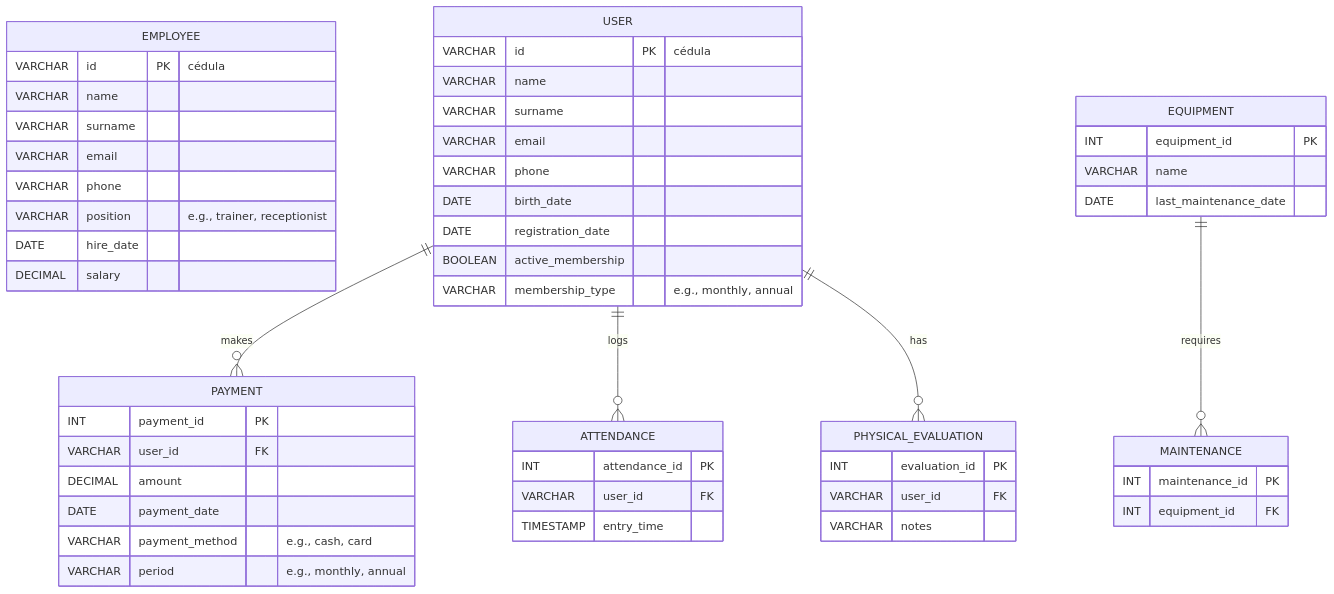
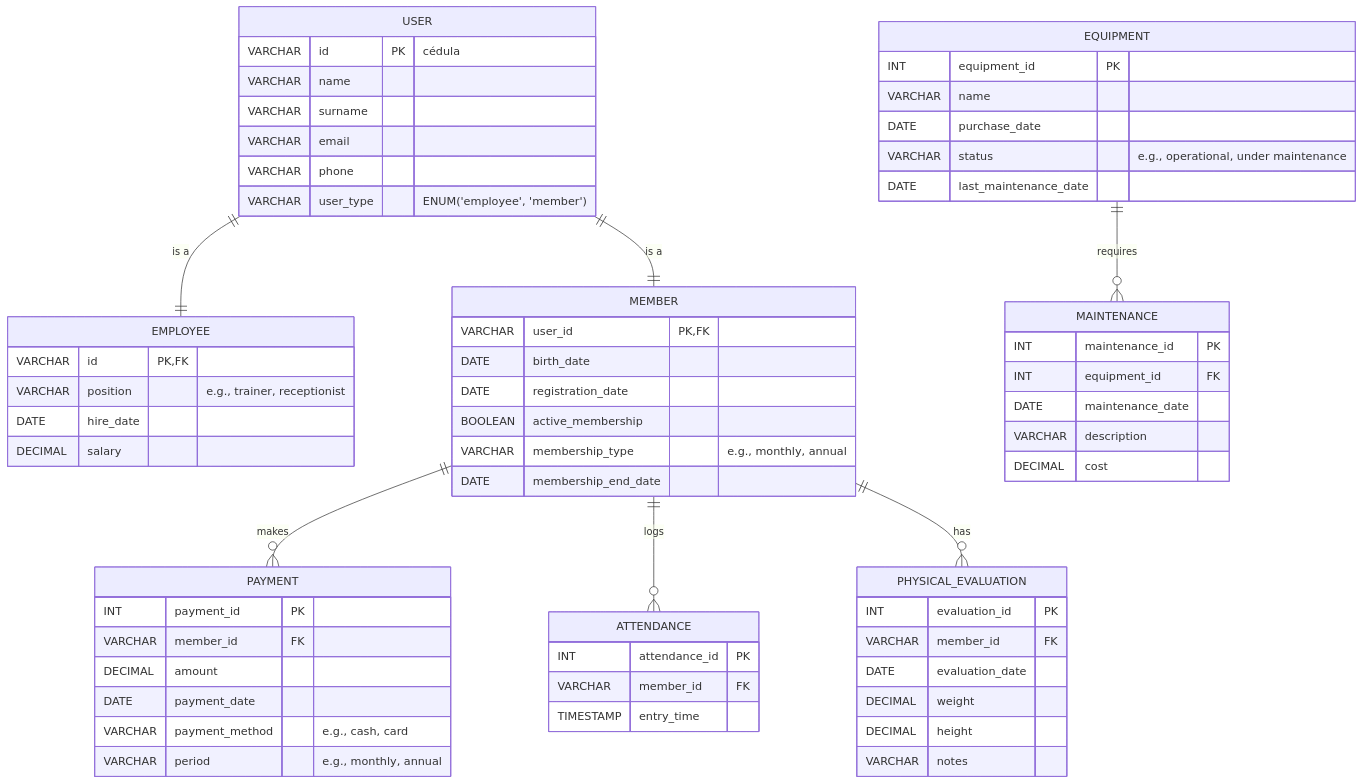
One commit to SilkenBread/gms-backend changed the diagram in database_model.md. Above: the diagram before and after it, drawn with Mermaid.

Commit message:
refactor: reorganize database model structure and update relationships

````diff
--- a/database_model.md
+++ b/database_model.md
@@ -3,62 +3,74 @@
 ```mermaid
 erDiagram
-    EMPLOYEE {
-        VARCHAR id PK "cédula"
-        VARCHAR name
-        VARCHAR surname
-        VARCHAR email
-        VARCHAR phone
-        VARCHAR position "e.g., trainer, receptionist"
-        DATE hire_date
-        DECIMAL salary
-    }
-
     USER {
         VARCHAR id PK "cédula"
         VARCHAR name
         VARCHAR surname
         VARCHAR email
         VARCHAR phone
+        VARCHAR user_type "ENUM('employee', 'member')"
+    }
+
+    EMPLOYEE {
+        VARCHAR id PK, FK
+        VARCHAR position "e.g., trainer, receptionist"
+        DATE hire_date
+        DECIMAL salary
+    }
+
+    MEMBER {
+        VARCHAR user_id PK,FK
         DATE birth_date
         DATE registration_date
         BOOLEAN active_membership
         VARCHAR membership_type "e.g., monthly, annual"
+        DATE membership_end_date
     }
 
     PAYMENT {
         INT payment_id PK
-        VARCHAR user_id FK
+        VARCHAR member_id FK
         DECIMAL amount
         DATE payment_date
         VARCHAR payment_method "e.g., cash, card"
         VARCHAR period "e.g., monthly, annual"
     }
 
     ATTENDANCE {
         INT attendance_id PK
-        VARCHAR user_id FK
+        VARCHAR member_id FK
         TIMESTAMP entry_time
     }
 
     PHYSICAL_EVALUATION {
         INT evaluation_id PK
-        VARCHAR user_id FK
+        VARCHAR member_id FK
+        DATE evaluation_date
+        DECIMAL weight
+        DECIMAL height
         VARCHAR notes
     }
 
     EQUIPMENT {
         INT equipment_id PK
         VARCHAR name
+        DATE purchase_date
+        VARCHAR status "e.g., operational, under maintenance"
         DATE last_maintenance_date
     }
 
     MAINTENANCE {
         INT maintenance_id PK
         INT equipment_id FK
+        DATE maintenance_date
+        VARCHAR description
+        DECIMAL cost
     }
 
-    USER ||--o{ PAYMENT : "makes"
-    USER ||--o{ ATTENDANCE : "logs"
-    USER ||--o{ PHYSICAL_EVALUATION : "has"
+    USER ||--|| EMPLOYEE : "is a"
+    USER ||--|| MEMBER : "is a"
+    MEMBER ||--o{ PAYMENT : "makes"
+    MEMBER ||--o{ ATTENDANCE : "logs"
+    MEMBER ||--o{ PHYSICAL_EVALUATION : "has"
     EQUIPMENT ||--o{ MAINTENANCE : "requires"
 ```
````
